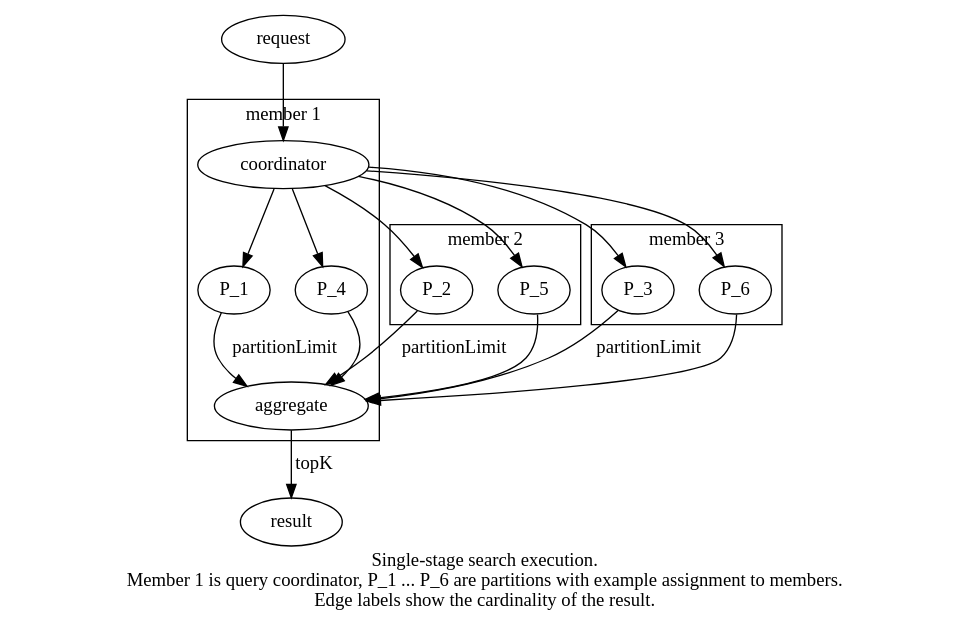
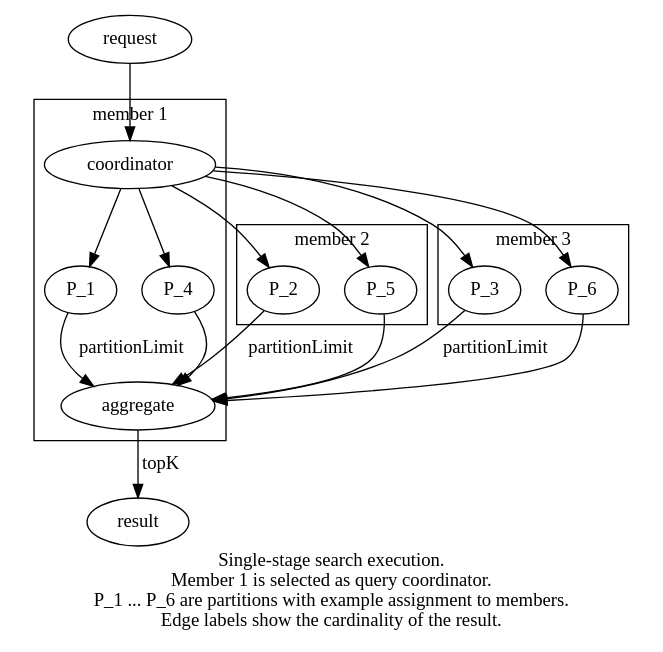
Before and after one commit to hazelcast/hz-docs: the second of 2 diagrams in docs/modules/data-structures/pages/vector-search-overview.adoc, drawn with Graphviz. The commit also changed other lines of this file, not shown here.

Commit message:
Fix typo, improve diagram description

```diff
--- a/docs/modules/data-structures/pages/vector-search-overview.adoc
+++ b/docs/modules/data-structures/pages/vector-search-overview.adoc
@@ -161,45 +161,45 @@
 [graphviz]
 ....
 digraph singleStageSearch {
   subgraph cluster_M_1 {
     coordinator;
     P_1;
     P_4;
     aggregate;
     label = "member 1";
   }
 
   subgraph cluster_M_2 {
     P_2;
     P_5;
     label = "member 2";
   }
 
   subgraph cluster_M_3 {
     P_3;
     P_6;
     label = "member 3";
   }
 
   request -> coordinator;
 
   coordinator -> P_1;
   P_1 -> aggregate [label="partitionLimit"];
   coordinator -> P_4;
   P_4 -> aggregate; // [label="partitionLimit"];
 
   coordinator -> P_2;
   P_2 -> aggregate [label="partitionLimit"];
   coordinator -> P_5;
   P_5 -> aggregate; // [label="partitionLimit"];
 
   coordinator -> P_3;
   P_3 -> aggregate [label="partitionLimit"];
   coordinator -> P_6;
   P_6 -> aggregate; // [label="partitionLimit"];
 
   aggregate -> result [label="topK"];
 
-  label="Single-stage search execution.\nMember 1 is query coordinator, P_1 ... P_6 are partitions with example assignment to members.\nEdge labels show the cardinality of the result.";
+  label="Single-stage search execution.\nMember 1 is selected as query coordinator.\nP_1 ... P_6 are partitions with example assignment to members.\nEdge labels show the cardinality of the result.";
 }
 ....
```
